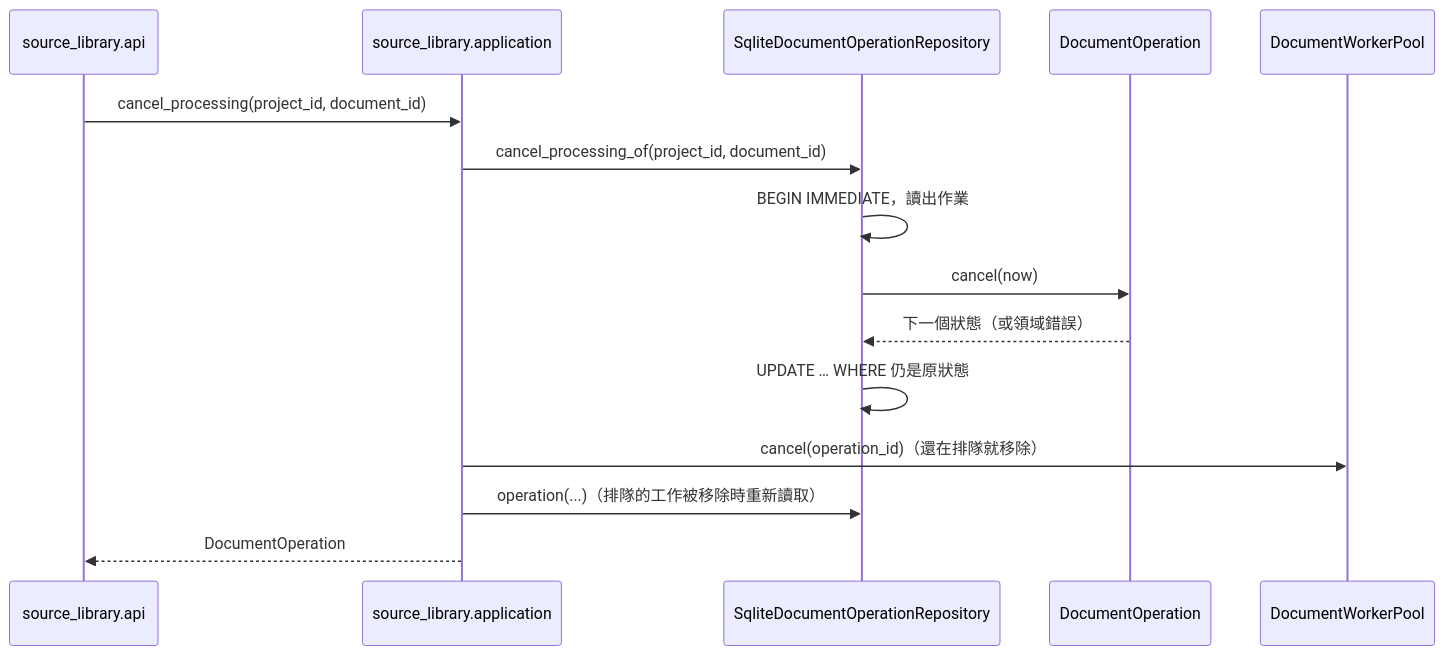
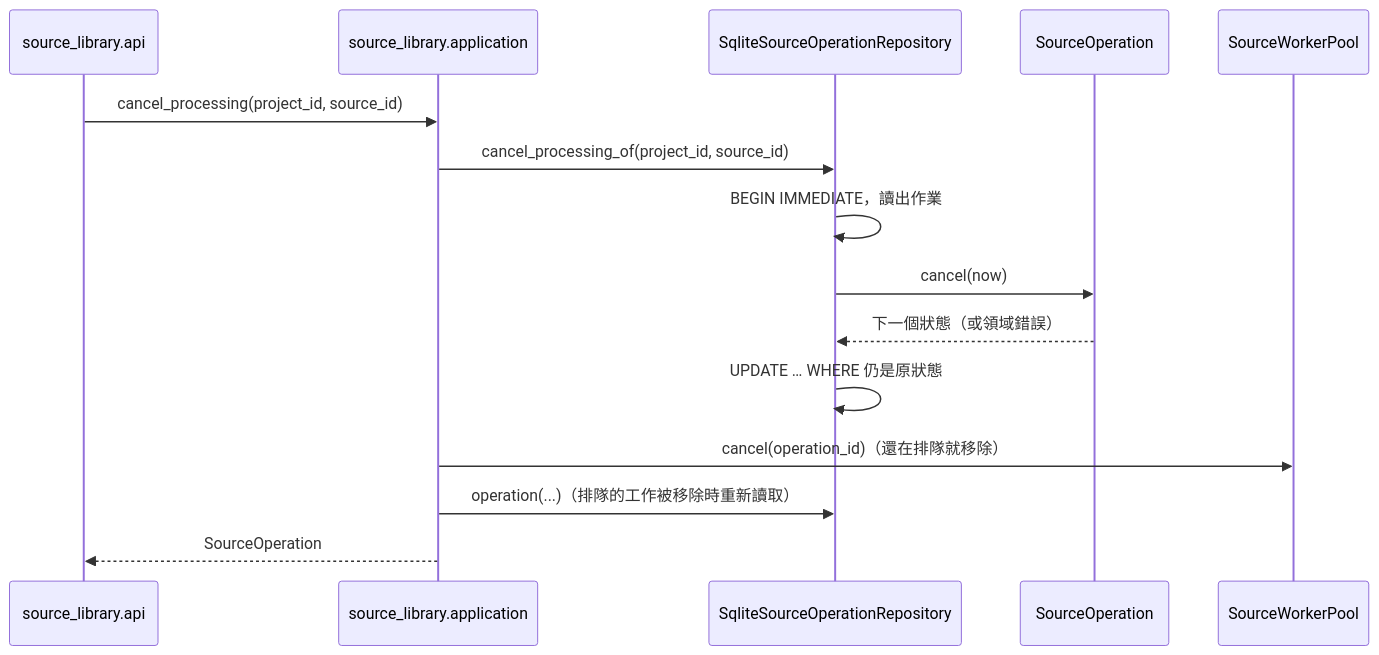
One commit to WodenWang820118/cert-prep changed the third of 3 diagrams in docs/domain/source_library.md. Above: the diagram before and after it, drawn with Mermaid. The commit also changed other lines of this file and 336 other files, not shown here.

````diff
--- a/docs/domain/source_library.md
+++ b/docs/domain/source_library.md
@@ -165,17 +165,17 @@
 ```mermaid
 sequenceDiagram
   participant API as source_library.api
   participant UC as source_library.application
-  participant Repo as SqliteDocumentOperationRepository
-  participant Op as DocumentOperation
-  participant Pool as DocumentWorkerPool
-  API->>UC: cancel_processing(project_id, document_id)
-  UC->>Repo: cancel_processing_of(project_id, document_id)
+  participant Repo as SqliteSourceOperationRepository
+  participant Op as SourceOperation
+  participant Pool as SourceWorkerPool
+  API->>UC: cancel_processing(project_id, source_id)
+  UC->>Repo: cancel_processing_of(project_id, source_id)
   Repo->>Repo: BEGIN IMMEDIATE，讀出作業
   Repo->>Op: cancel(now)
   Op-->>Repo: 下一個狀態（或領域錯誤）
   Repo->>Repo: UPDATE … WHERE 仍是原狀態
   UC->>Pool: cancel(operation_id)（還在排隊就移除）
   UC->>Repo: operation(...)（排隊的工作被移除時重新讀取）
-  UC-->>API: DocumentOperation
+  UC-->>API: SourceOperation
 ```
````
